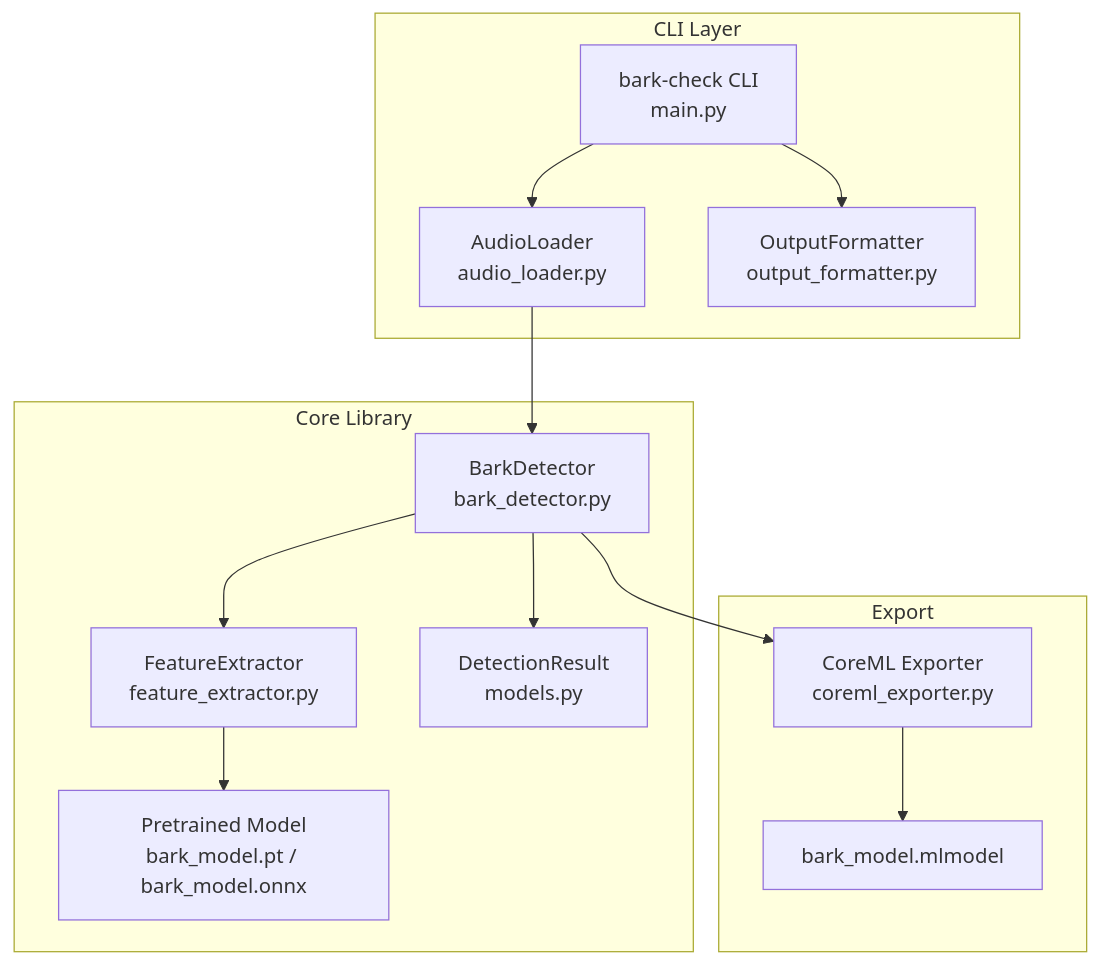
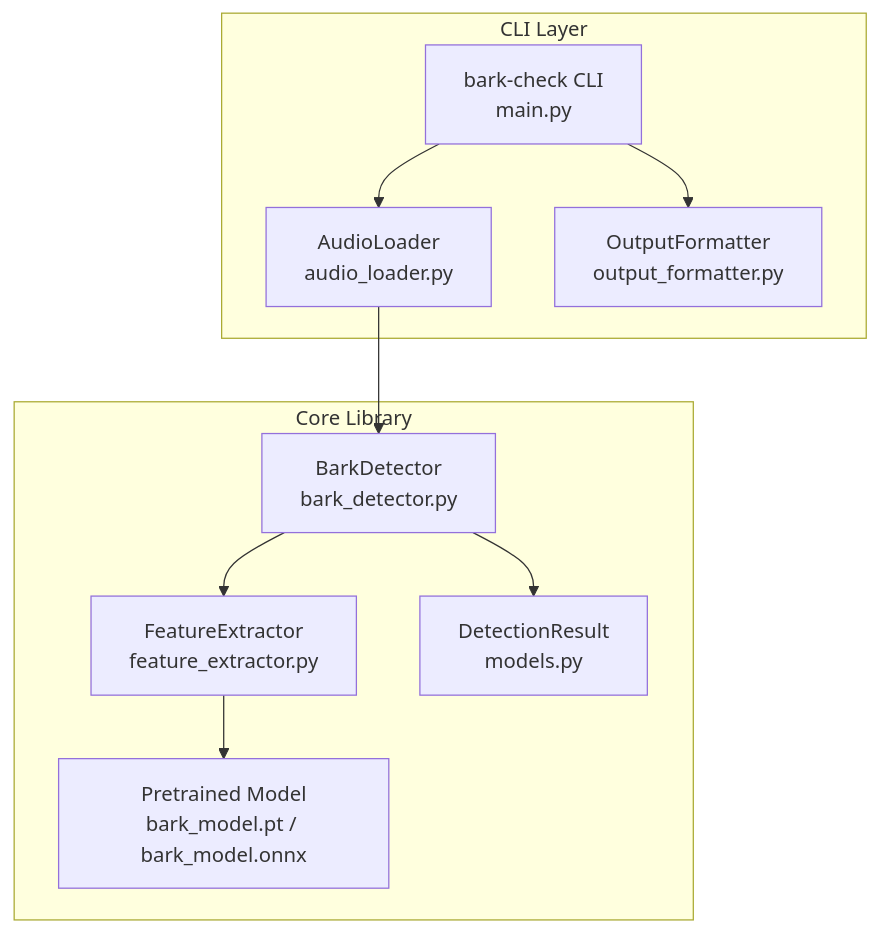
One commit to kazusanto/bark-check changed the diagram in .kiro/specs/bark-check/design.md. Above: the diagram before and after it, drawn with Mermaid. The commit also changed other lines of this file and 7 other files, not shown here.

First line of the commit message:
Remove CoreML export functionality

````diff
--- a/.kiro/specs/bark-check/design.md
+++ b/.kiro/specs/bark-check/design.md
@@ -19,19 +18,14 @@
 ```mermaid
 graph TD
     subgraph CLI Layer
         A[bark-check CLI<br/>main.py] --> B[AudioLoader<br/>audio_loader.py]
         A --> C[OutputFormatter<br/>output_formatter.py]
     end
 
     subgraph Core Library
         B --> D[BarkDetector<br/>bark_detector.py]
         D --> E[FeatureExtractor<br/>feature_extractor.py]
         E --> F[Pretrained Model<br/>bark_model.pt / bark_model.onnx]
         D --> G[DetectionResult<br/>models.py]
     end
-
-    subgraph Export
-        D --> H[CoreML Exporter<br/>coreml_exporter.py]
-        H --> I[bark_model.mlmodel]
-    end
 ```
````
